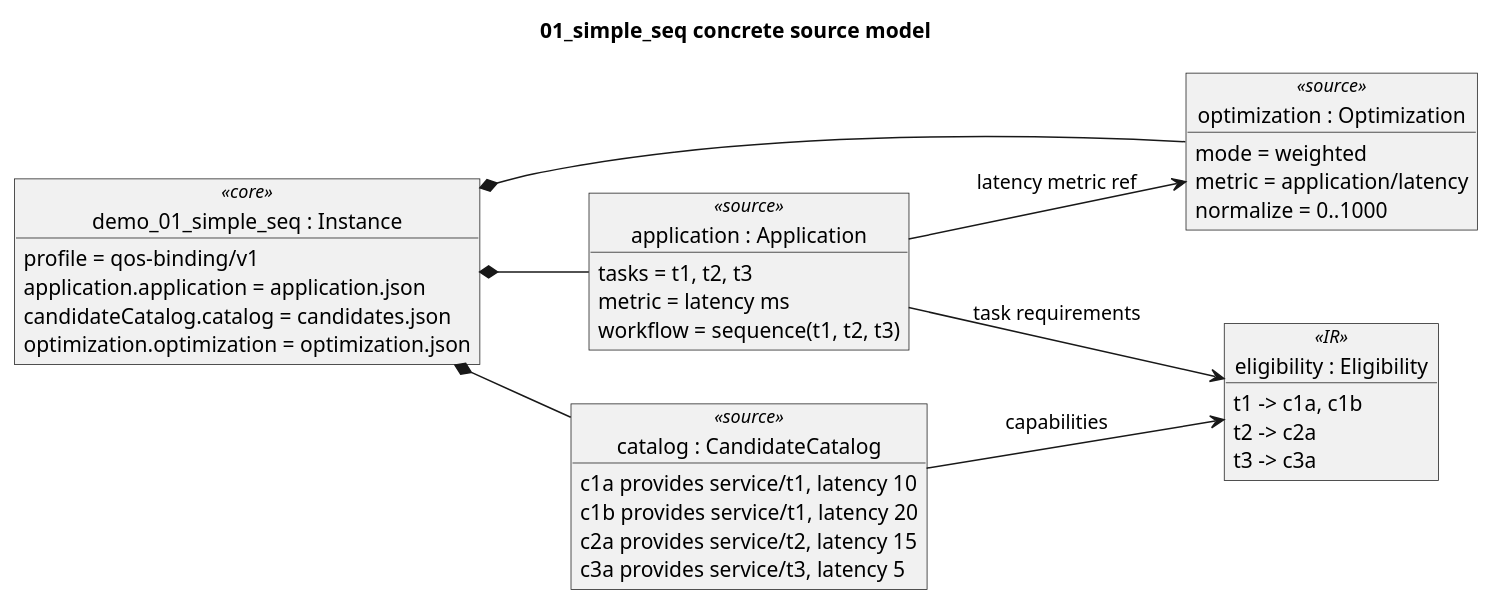
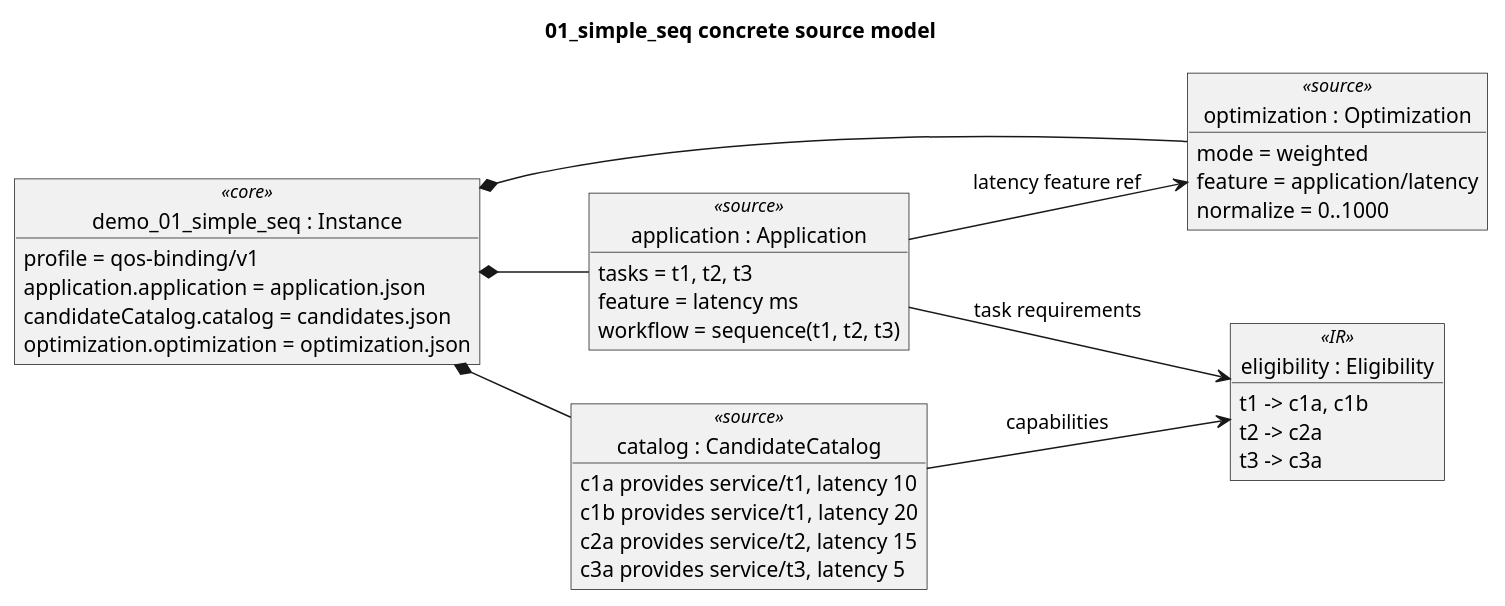
The diagram in docs/models/plantuml/05-simple-sequence.puml (isa-group/OpenBinding), drawn with PlantUML before and after one commit. The commit also changed 398 other files, not shown here.

First line of the commit message:
refactor(bim): migrate metrics to features across schemas, compiler, engines, and corpus

```diff
--- a/docs/models/plantuml/05-simple-sequence.puml
+++ b/docs/models/plantuml/05-simple-sequence.puml
@@ -1,41 +1,41 @@
 @startuml
 title 01_simple_seq concrete source model
 left to right direction
 skinparam monochrome true
 skinparam shadowing false
 
 object "demo_01_simple_seq : Instance" as instance <<core>> {
   profile = qos-binding/v1
   application.application = application.json
   candidateCatalog.catalog = candidates.json
   optimization.optimization = optimization.json
 }
 object "application : Application" as app <<source>> {
   tasks = t1, t2, t3
-  metric = latency ms
+  feature = latency ms
   workflow = sequence(t1, t2, t3)
 }
 object "catalog : CandidateCatalog" as catalog <<source>> {
   c1a provides service/t1, latency 10
   c1b provides service/t1, latency 20
   c2a provides service/t2, latency 15
   c3a provides service/t3, latency 5
 }
 object "optimization : Optimization" as optimization <<source>> {
   mode = weighted
-  metric = application/latency
+  feature = application/latency
   normalize = 0..1000
 }
 object "eligibility : Eligibility" as eligibility <<IR>> {
   t1 -> c1a, c1b
   t2 -> c2a
   t3 -> c3a
 }
 
 instance *-- app
 instance *-- catalog
 instance *-- optimization
 app --> eligibility : task requirements
 catalog --> eligibility : capabilities
-app --> optimization : latency metric ref
+app --> optimization : latency feature ref
 @enduml
```
